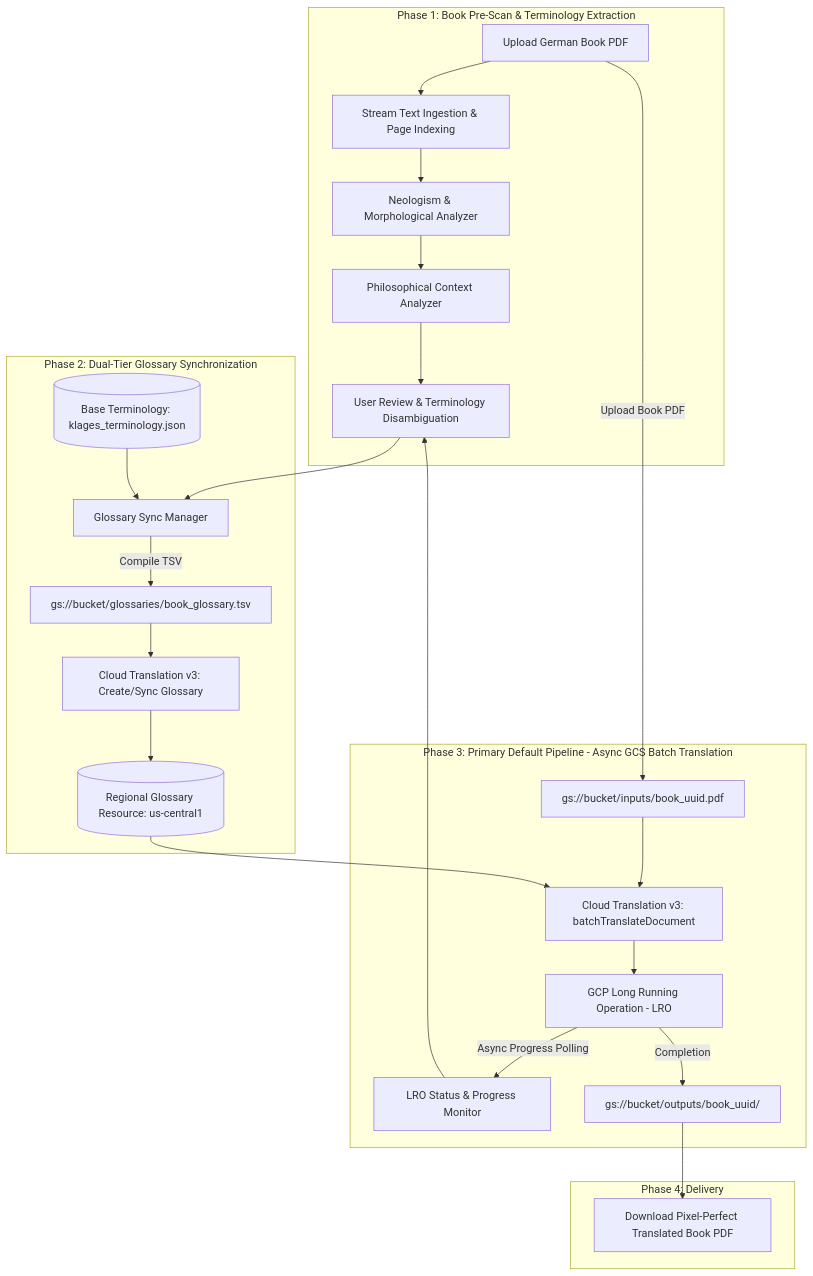
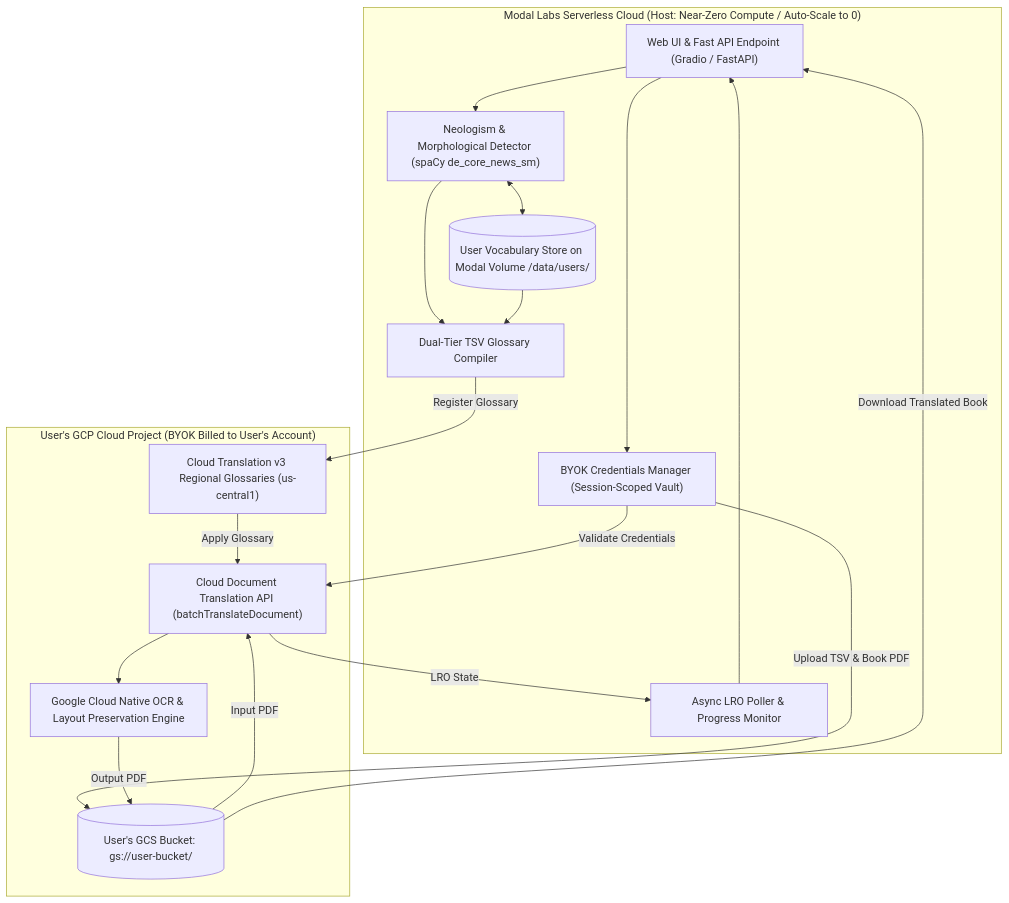
The first of 3 diagrams in spec/gcp-migration/design.md (JAaron93/PhenomenalLayout), drawn with Mermaid before and after one commit. The commit also changed other lines of this file and 2 other files, not shown here.

First line of the commit message:
docs(spec): add Modal Labs deployment, BYOK architecture, and persistent user vocabulary to spec suite

````diff
--- a/spec/gcp-migration/design.md
+++ b/spec/gcp-migration/design.md
@@ -17,31 +17,34 @@
 ```mermaid
-flowchart TD
-    subgraph Phase 1: Book Pre-Scan & Terminology Extraction
-        B1[Upload German Book PDF] --> B2[Stream Text Ingestion & Page Indexing]
-        B2 --> ND[Neologism & Morphological Analyzer]
-        ND --> CD[Philosophical Context Analyzer]
-        CD --> UI[User Review & Terminology Disambiguation]
+flowchart TB
+    subgraph Modal_Zone["Modal Labs Serverless Cloud (Host: Near-Zero Compute / Auto-Scale to 0)"]
+        UI["Web UI & Fast API Endpoint (Gradio / FastAPI)"]
+        AUTH["BYOK Credentials Manager (Session-Scoped Vault)"]
+        NEO["Neologism & Morphological Detector (spaCy de_core_news_sm)"]
+        VOCAB[("User Vocabulary Store on Modal Volume /data/users/")]
+        GLOSS_COMP["Dual-Tier TSV Glossary Compiler"]
+        LRO_MON["Async LRO Poller & Progress Monitor"]
     end
 
-    subgraph Phase 2: Dual-Tier Glossary Synchronization
-        UI --> GM[Glossary Sync Manager]
-        KT[(Base Terminology: klages_terminology.json)] --> GM
-        GM -->|Compile TSV| GCS_GLOSS[gs://bucket/glossaries/book_glossary.tsv]
-        GCS_GLOSS --> GLOSS_API[Cloud Translation v3: Create/Sync Glossary]
-        GLOSS_API --> GLOSS_RES[(Regional Glossary Resource: us-central1)]
+    subgraph GCP_Zone["User's GCP Cloud Project (BYOK Billed to User's Account)"]
+        GCS_BUCKET[("User's GCS Bucket: gs://user-bucket/")]
+        GCP_GLOSS["Cloud Translation v3 Regional Glossaries (us-central1)"]
+        GCP_BATCH["Cloud Document Translation API (batchTranslateDocument)"]
+        GCP_OCR["Google Cloud Native OCR & Layout Preservation Engine"]
     end
 
-    subgraph Phase 3: Primary Default Pipeline - Async GCS Batch Translation
-        B1 -->|Upload Book PDF| GCS_IN[gs://bucket/inputs/book_uuid.pdf]
-        GCS_IN --> BATCH[Cloud Translation v3: batchTranslateDocument]
-        GLOSS_RES --> BATCH
-        BATCH --> LRO[GCP Long Running Operation - LRO]
-        LRO -->|Async Progress Polling| MON[LRO Status & Progress Monitor]
-        LRO -->|Completion| GCS_OUT[gs://bucket/outputs/book_uuid/]
-    end
-
-    subgraph Phase 4: Delivery
-        GCS_OUT --> DL[Download Pixel-Perfect Translated Book PDF]
-        MON --> UI
-    end
+    UI --> AUTH
+    AUTH -->|Validate Credentials| GCP_BATCH
+    UI --> NEO
+    NEO <--> VOCAB
+    NEO --> GLOSS_COMP
+    VOCAB --> GLOSS_COMP
+    AUTH -->|Upload TSV & Book PDF| GCS_BUCKET
+    GLOSS_COMP -->|Register Glossary| GCP_GLOSS
+    GCS_BUCKET -->|Input PDF| GCP_BATCH
+    GCP_GLOSS -->|Apply Glossary| GCP_BATCH
+    GCP_BATCH --> GCP_OCR
+    GCP_BATCH -->|LRO State| LRO_MON
+    GCP_OCR -->|Output PDF| GCS_BUCKET
+    LRO_MON --> UI
+    GCS_BUCKET -->|Download Translated Book| UI
 ```
````
